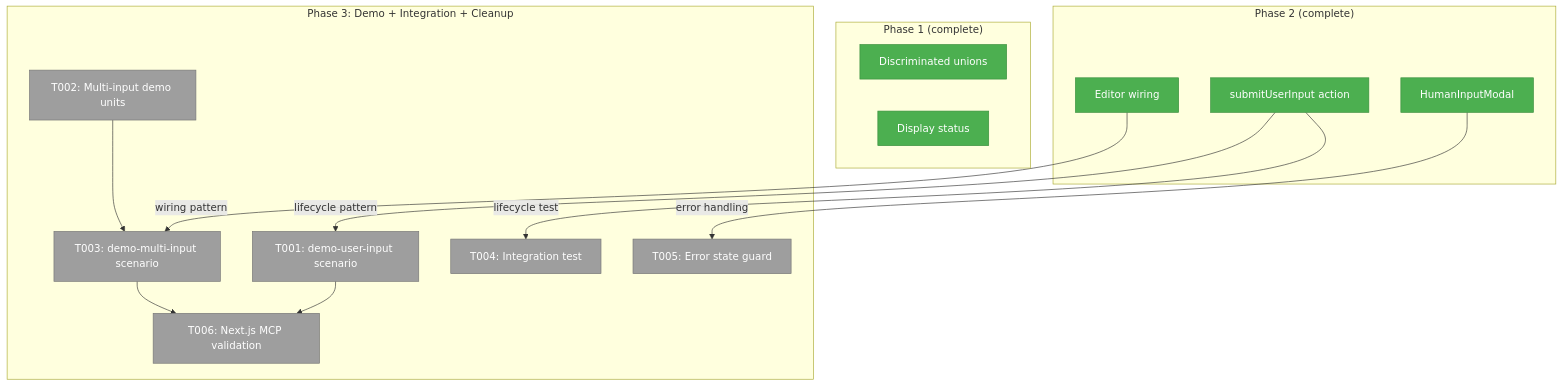
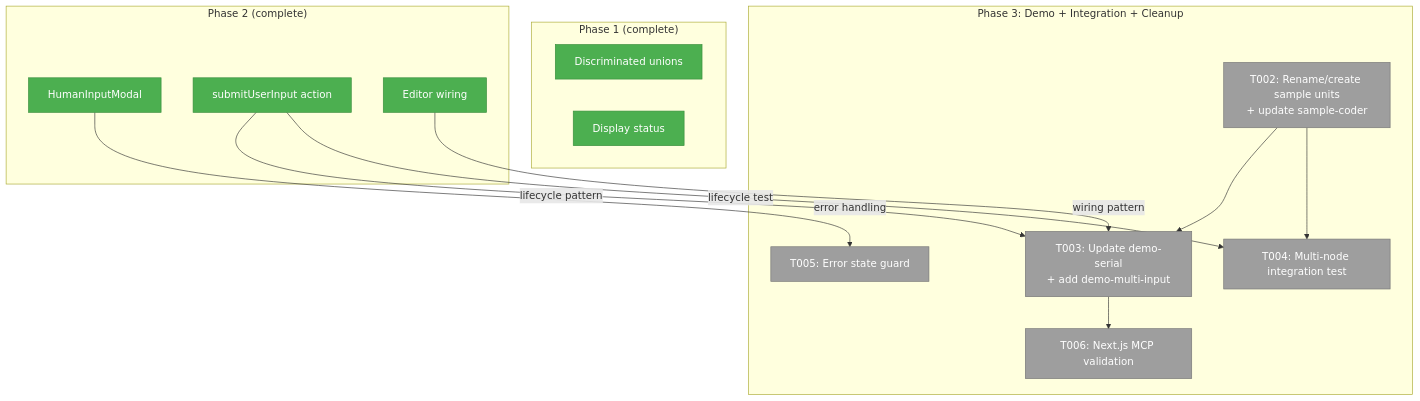
Before and after one commit to AI-Substrate/chainglass: the first of 4 diagrams in docs/plans/054-unified-human-input/tasks/phase-3-demo-integration-cleanup/tasks.md, drawn with Mermaid. The commit also changed other lines of this file and 1 other file, not shown here.

First line of the commit message:
plan-054: Phase 3 DYK decisions — drop T001, redesign sample units

````diff
--- a/docs/plans/054-unified-human-input/tasks/phase-3-demo-integration-cleanup/tasks.md
+++ b/docs/plans/054-unified-human-input/tasks/phase-3-demo-integration-cleanup/tasks.md
@@ -106,33 +106,32 @@
 ```mermaid
 flowchart TD
     classDef pending fill:#9E9E9E,stroke:#757575,color:#fff
     classDef completed fill:#4CAF50,stroke:#388E3C,color:#fff
 
     subgraph Phase1["Phase 1 (complete)"]
         P1["Discriminated unions"]:::completed
         P2["Display status"]:::completed
     end
 
     subgraph Phase2["Phase 2 (complete)"]
         P3["HumanInputModal"]:::completed
         P4["submitUserInput action"]:::completed
         P5["Editor wiring"]:::completed
     end
 
     subgraph Phase3["Phase 3: Demo + Integration + Cleanup"]
-        T001["T001: demo-user-input scenario"]:::pending
-        T002["T002: Multi-input demo units"]:::pending
-        T003["T003: demo-multi-input scenario"]:::pending
-        T004["T004: Integration test"]:::pending
+        T002["T002: Rename/create sample units<br/>+ update sample-coder"]:::pending
+        T003["T003: Update demo-serial<br/>+ add demo-multi-input"]:::pending
+        T004["T004: Multi-node integration test"]:::pending
         T005["T005: Error state guard"]:::pending
         T006["T006: Next.js MCP validation"]:::pending
     end
 
-    P4 -->|"lifecycle pattern"| T001
+    P4 -->|"lifecycle pattern"| T003
     P5 -->|"wiring pattern"| T003
     P4 -->|"lifecycle test"| T004
     P3 -->|"error handling"| T005
     T002 --> T003
-    T001 --> T006
+    T002 --> T004
     T003 --> T006
 ```
````
